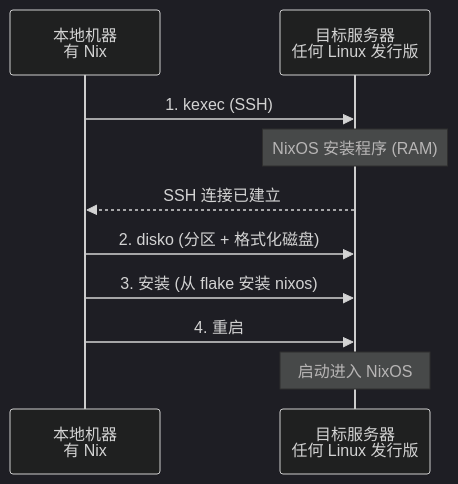
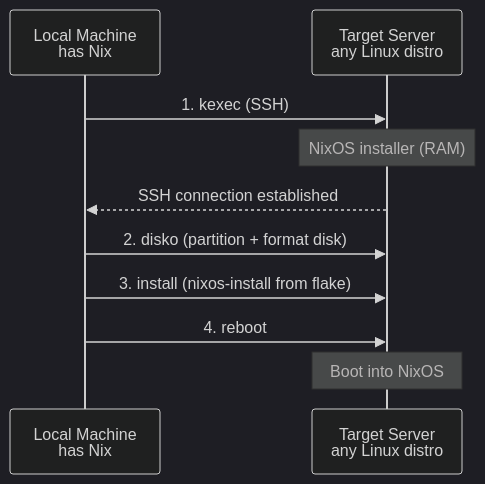
Before and after one commit to stars-labs/self-healing-nixos-infra: the diagram in i18n/zh/docusaurus-plugin-content-docs/current/01-bootstrap-nixos-anywhere.md, drawn with Mermaid (dark theme). The commit also changed other lines of this file and 15 other files, not shown here.

First line of the commit message:
Fix Mermaid parse errors in Chinese docs

````diff
--- a/i18n/zh/docusaurus-plugin-content-docs/current/01-bootstrap-nixos-anywhere.md
+++ b/i18n/zh/docusaurus-plugin-content-docs/current/01-bootstrap-nixos-anywhere.md
@@ -12,16 +12,16 @@
 ```mermaid
 sequenceDiagram
-    participant Local as 本地机器<br/>有 Nix
-    participant Target as 目标服务器<br/>任何 Linux 发行版
+    participant Local as Local Machine<br/>has Nix
+    participant Target as Target Server<br/>any Linux distro
     
     Local->>Target: 1. kexec (SSH)
-    Note over Target: NixOS 安装程序 (RAM)
-    Target-->>Local: SSH 连接已建立
+    Note over Target: NixOS installer (RAM)
+    Target-->>Local: SSH connection established
     
-    Local->>Target: 2. disko (分区 + 格式化磁盘)
+    Local->>Target: 2. disko (partition + format disk)
     
-    Local->>Target: 3. 安装 (从 flake 安装 nixos)
+    Local->>Target: 3. install (nixos-install from flake)
     
-    Local->>Target: 4. 重启
-    Note over Target: 启动进入 NixOS
+    Local->>Target: 4. reboot
+    Note over Target: Boot into NixOS
 ```
````
